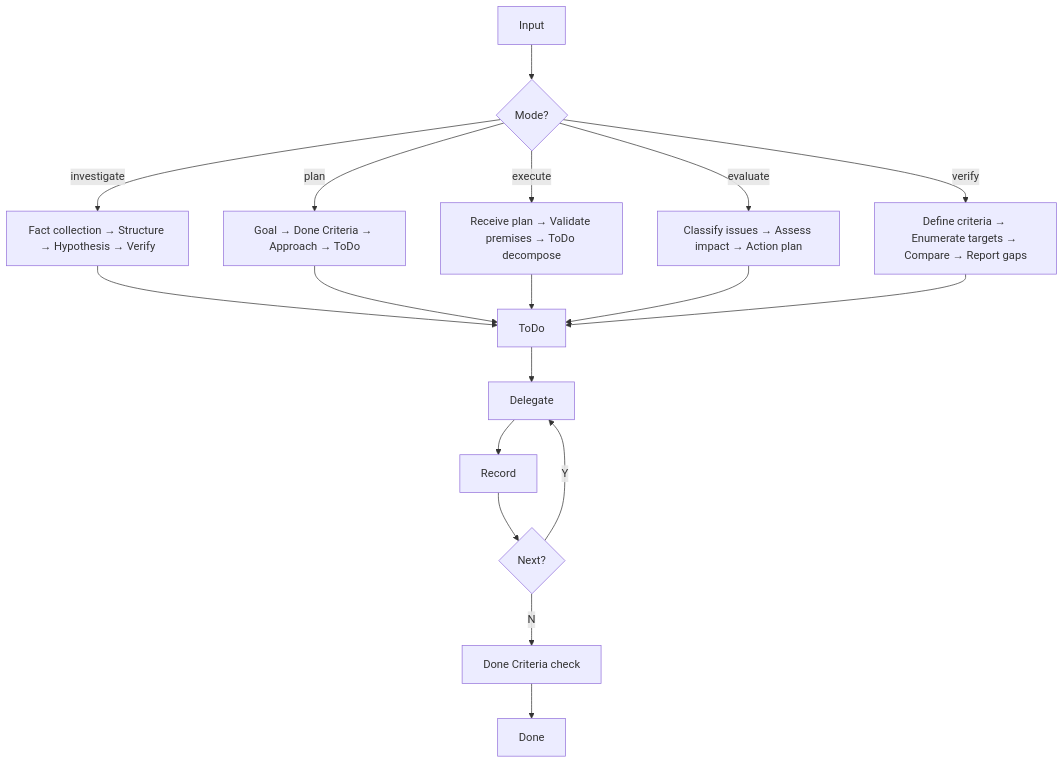
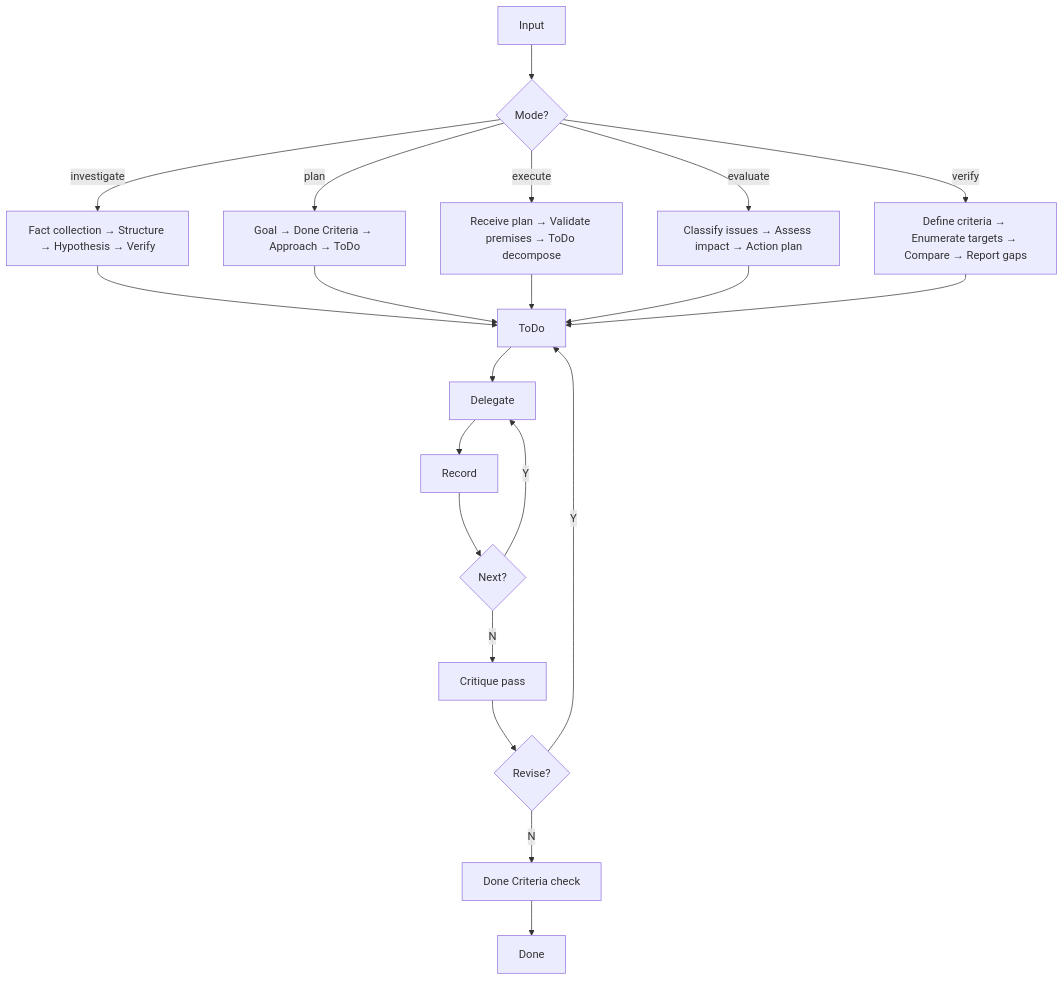
One commit to tettuan/climpt changed the diagram in .claude/skills/work-process/SKILL.md. Above: the diagram before and after it, drawn with Mermaid. The commit also changed other lines of this file, not shown here.

First line of the commit message:
docs(work-process): add Self-Critique Pass and Task-mirror execution guard

````diff
--- a/.claude/skills/work-process/SKILL.md
+++ b/.claude/skills/work-process/SKILL.md
@@ -12,13 +12,15 @@
 ```mermaid
 flowchart TD
     A[Input] --> B{Mode?}
     B -->|investigate| C[Fact collection → Structure → Hypothesis → Verify]
     B -->|plan| D[Goal → Done Criteria → Approach → ToDo]
     B -->|execute| E[Receive plan → Validate premises → ToDo decompose]
     B -->|evaluate| F[Classify issues → Assess impact → Action plan]
     B -->|verify| G[Define criteria → Enumerate targets → Compare → Report gaps]
     C & D & E & F & G --> H[ToDo]
     H --> I[Delegate] --> J[Record] --> K{Next?}
     K -->|Y| I
-    K -->|N| L[Done Criteria check] --> M[Done]
+    K -->|N| N[Critique pass] --> O{Revise?}
+    O -->|Y| H
+    O -->|N| L[Done Criteria check] --> M[Done]
 ```
````
